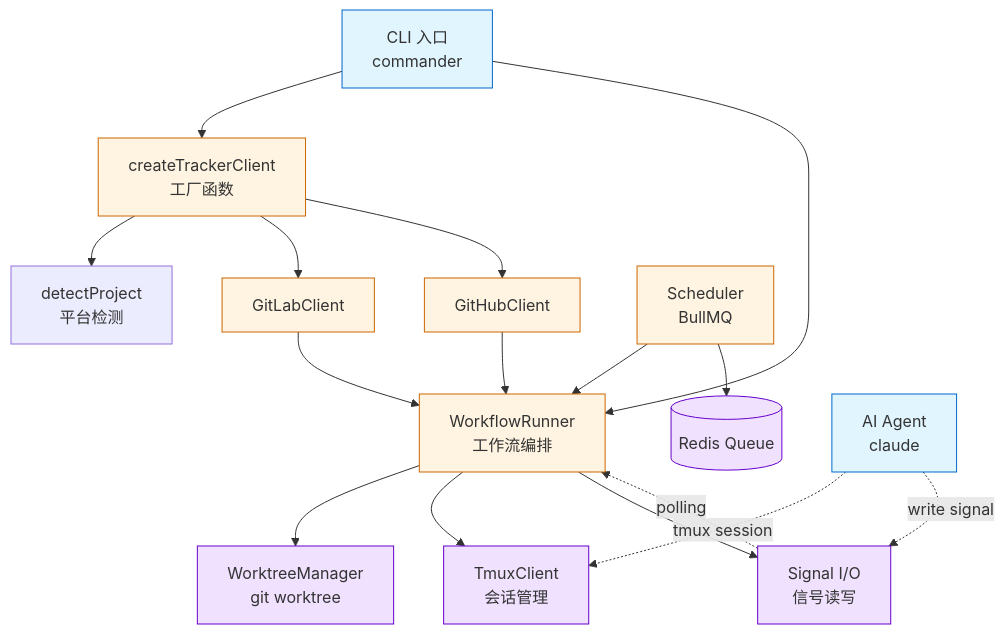
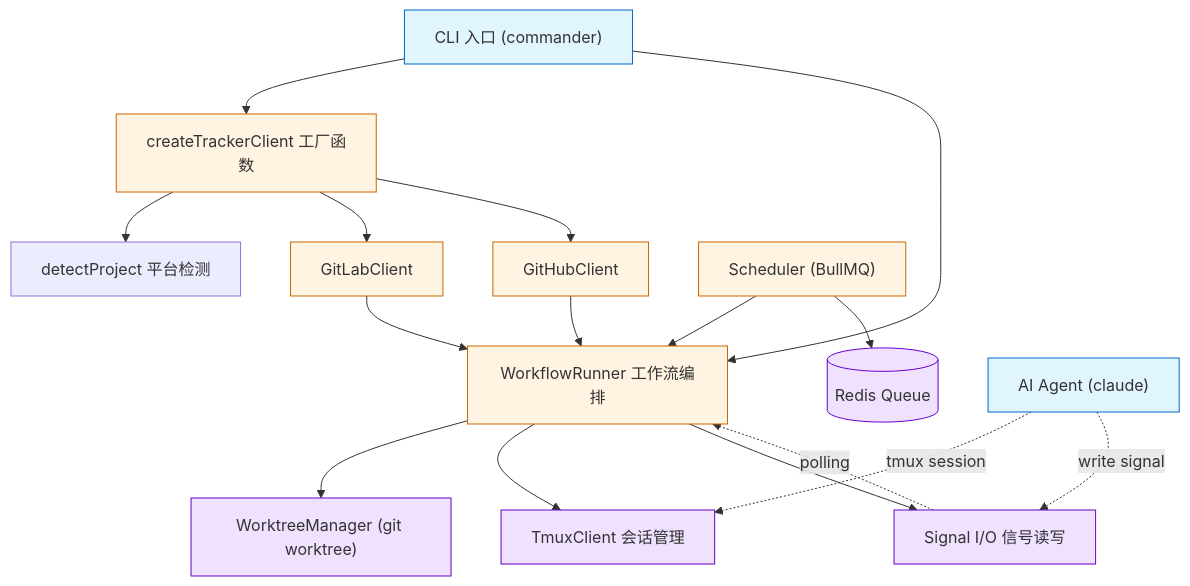
Before and after one commit to easyhaloo/afk: the first of 10 diagrams in docs/ARCHITECTURE.md, drawn with Mermaid. The commit also changed other lines of this file and 1 other file, not shown here.

First line of the commit message:
fix(docs): 修复 Mermaid 图解析错误

````diff
--- a/docs/ARCHITECTURE.md
+++ b/docs/ARCHITECTURE.md
@@ -22,31 +22,43 @@
 ```mermaid
 graph TD
-    CLI[CLI 入口<br/>commander] --> Factory[createTrackerClient<br/>工厂函数]
-    Factory --> Detect[detectProject<br/>平台检测]
+    CLI["CLI 入口 (commander)"]
+    Factory["createTrackerClient 工厂函数"]
+    Detect["detectProject 平台检测"]
+    GL["GitLabClient"]
+    GH["GitHubClient"]
+    Runner["WorkflowRunner 工作流编排"]
+    WT["WorktreeManager (git worktree)"]
+    TMUX["TmuxClient 会话管理"]
+    SIG["Signal I/O 信号读写"]
+    Sched["Scheduler (BullMQ)"]
+    Queue[("Redis Queue")]
+    Agent["AI Agent (claude)"]
 
-    Factory --> GL[GitLabClient]
-    Factory --> GH[GitHubClient]
+    CLI --> Factory
+    Factory --> Detect
+    Factory --> GL
+    Factory --> GH
 
-    CLI --> Runner[WorkflowRunner<br/>工作流编排]
+    CLI --> Runner
     GL --> Runner
     GH --> Runner
 
-    Runner --> WT[WorktreeManager<br/>git worktree]
-    Runner --> TMUX[TmuxClient<br/>会话管理]
-    Runner --> SIG[Signal I/O<br/>信号读写]
+    Runner --> WT
+    Runner --> TMUX
+    Runner --> SIG
 
-    Sched[Scheduler<br/>BullMQ] --> Runner
-    Sched --> Queue[(Redis Queue)]
+    Sched --> Runner
+    Sched --> Queue
 
-    Agent[AI Agent<br/>claude] -.tmux session.-> TMUX
-    Agent -.write signal.-> SIG
-    SIG -.polling.-> Runner
+    Agent -. tmux session .-> TMUX
+    Agent -. write signal .-> SIG
+    SIG -. polling .-> Runner
 
     classDef ext fill:#e1f5ff,stroke:#0066cc
     classDef core fill:#fff4e1,stroke:#cc6600
     classDef io fill:#f0e1ff,stroke:#6600cc
 
     class CLI,Agent ext
     class Runner,Factory,GL,GH,Sched core
     class WT,TMUX,SIG,Queue io
 ```
````
